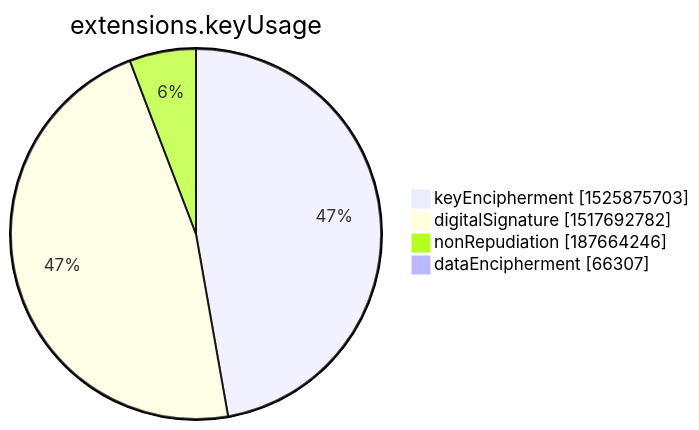
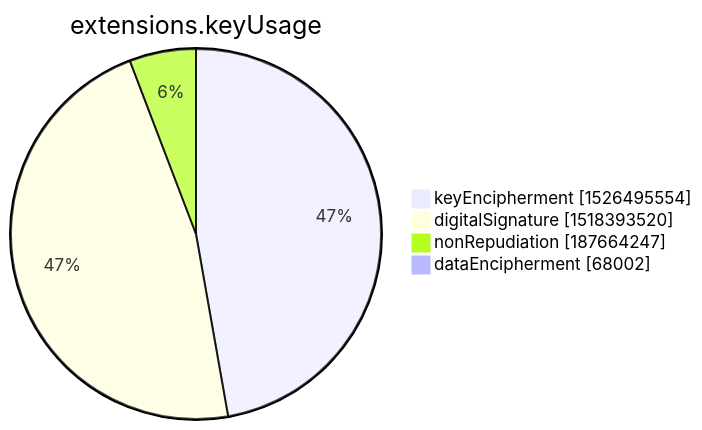
One commit to christiankrug/ctmonitor_visualization changed the seventh of 15 diagrams in xenon2022/README.md. Above: the diagram before and after it, drawn with Mermaid. The commit also changed other lines of this file, not shown here.

````diff
--- a/xenon2022/README.md
+++ b/xenon2022/README.md
@@ -2847,8 +2847,8 @@
 ```mermaid
 pie showData
 title extensions.keyUsage
-"keyEncipherment" :1525875703
-"digitalSignature" :1517692782
-"nonRepudiation" :187664246
-"dataEncipherment" :66307
+"keyEncipherment" :1526495554
+"digitalSignature" :1518393520
+"nonRepudiation" :187664247
+"dataEncipherment" :68002
 ```
````
